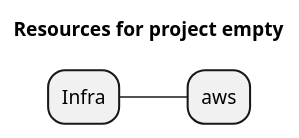
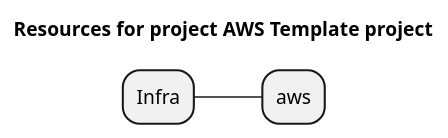
The diagram in examples/aws/empty/artifacts/resources-mindmap.puml (grucloud/grucloud), drawn with PlantUML before and after one commit. The commit also changed 93 other files, not shown here.

```diff
--- a/examples/aws/empty/artifacts/resources-mindmap.puml
+++ b/examples/aws/empty/artifacts/resources-mindmap.puml
@@ -1,7 +1,7 @@
 @startmindmap
-title Resources for project empty
+title Resources for project AWS Template project
 skinparam monochrome true
 + Infra
 ++ aws
 
 @endmindmap
```
